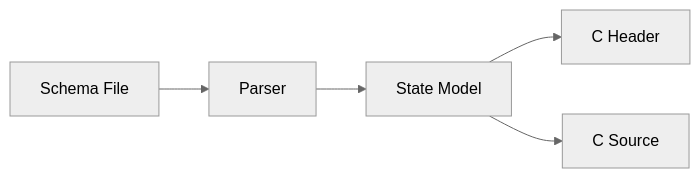
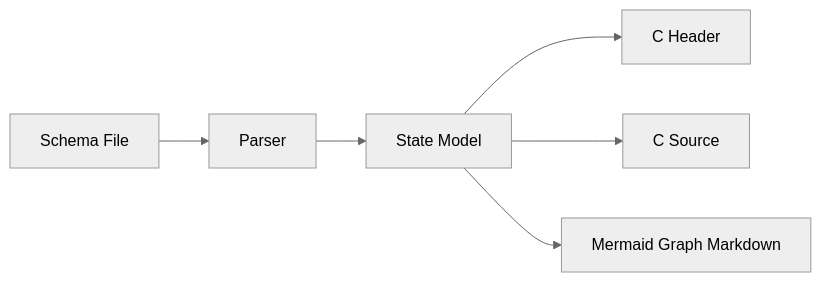
The diagram in doc/generator/requirements.md (knstt/kek), drawn with Mermaid (neutral theme) before and after one commit. The commit also changed other lines of this file and 13 other files, not shown here.

````diff
--- a/doc/generator/requirements.md
+++ b/doc/generator/requirements.md
@@ -60,13 +63,15 @@
 ```mermaid
 flowchart LR
     Schema[Schema File]
     Parser[Parser]
     Model[State Model]
     Header[C Header]
     Source[C Source]
+    Graph[Mermaid Graph Markdown]
 
     Schema --> Parser
     Parser --> Model
     Model --> Header
     Model --> Source
+    Model --> Graph
 ```
````
